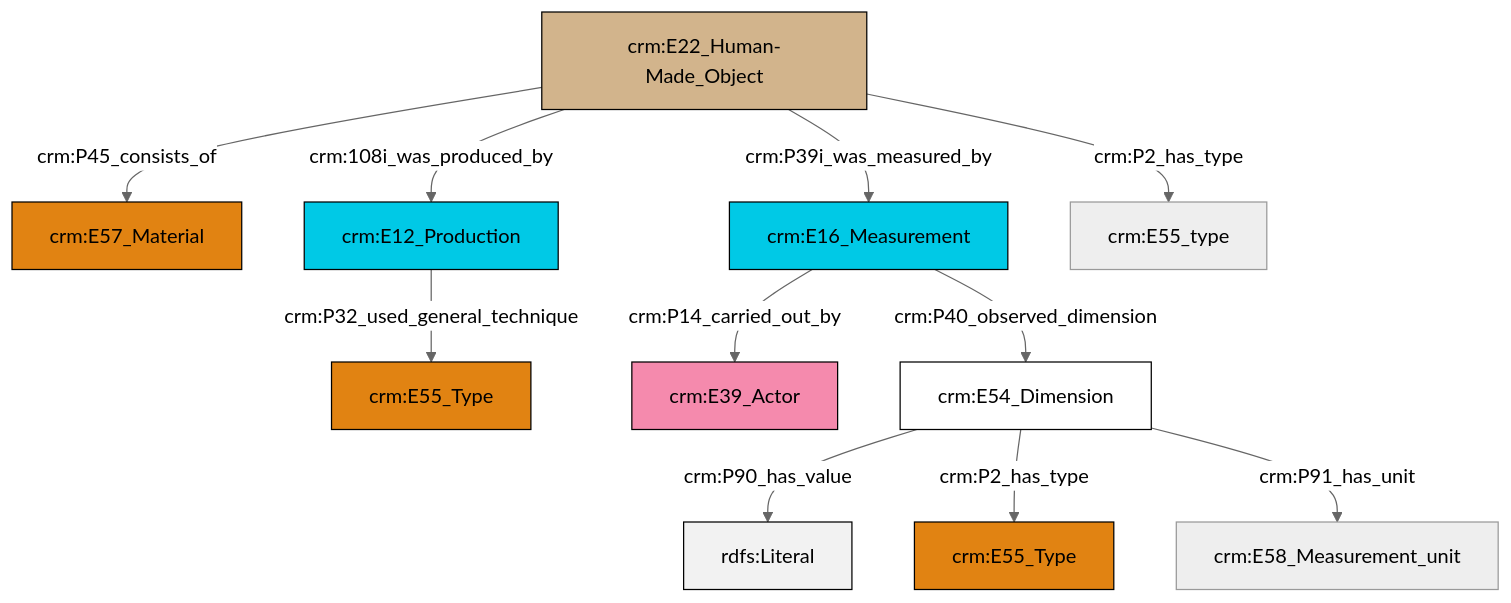
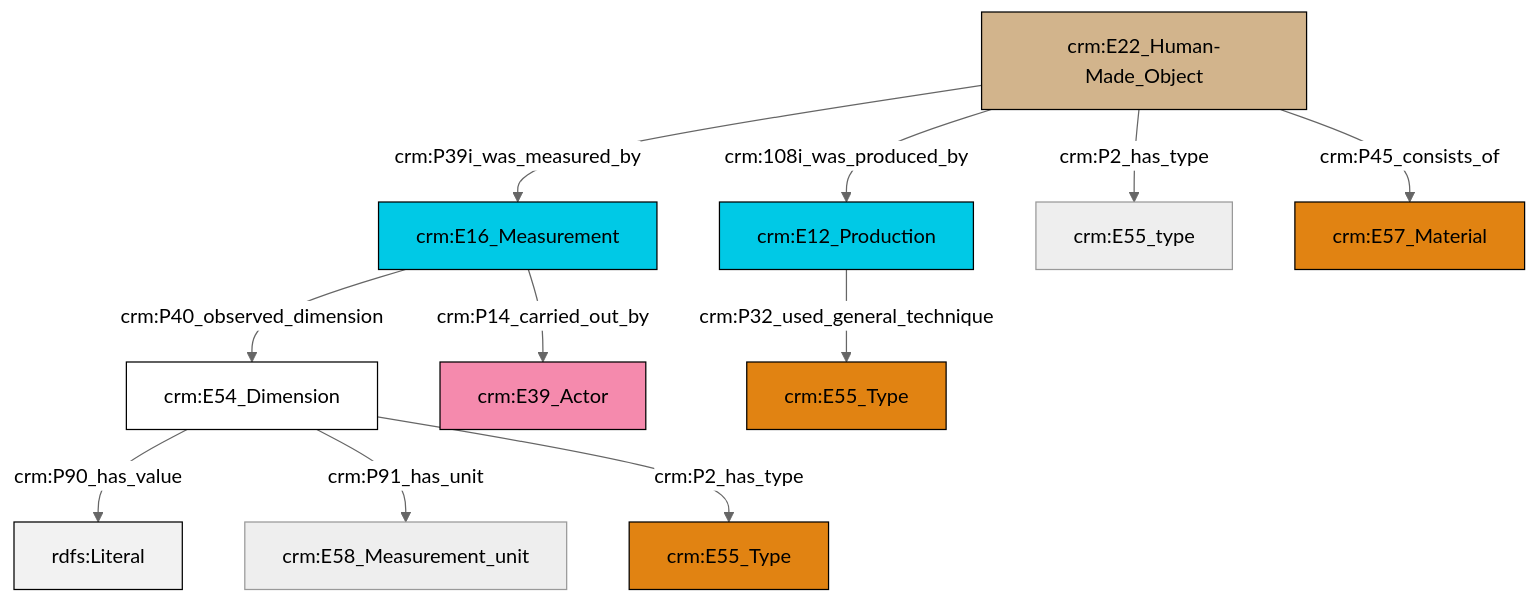
One commit to swiss-art-research-net/docs.swissartresearch changed the diagram in et/builtWorkCSV/ttl/mmd/Built_Work_substance.ttl.mmd. Above: the diagram before and after it, drawn with Mermaid (neutral theme). The commit also changed 204 other files, not shown here.

```diff
--- a/et/builtWorkCSV/ttl/mmd/Built_Work_substance.ttl.mmd
+++ b/et/builtWorkCSV/ttl/mmd/Built_Work_substance.ttl.mmd
@@ -1,25 +1,25 @@
 graph TD
 classDef Literal fill:#f2f2f2,stroke:#000000;
 classDef CRM_Entity fill:#FFFFFF,stroke:#000000;
 classDef Temporal_Entity fill:#00C9E6, stroke:#000000;
 classDef Type fill:#E18312, stroke:#000000;
 classDef Time-Span fill:#2C9C91, stroke:#000000;
 classDef Appellation fill:#FFEB7F, stroke:#000000;
 classDef Place fill:#008836, stroke:#000000;
 classDef Persistent_Item fill:#B266B2, stroke:#000000;
 classDef Conceptual_Object fill:#FFD700, stroke:#000000;
 classDef Physical_Thing fill:#D2B48C, stroke:#000000;
 classDef Actor fill:#f58aad, stroke:#000000;
 classDef PC_Classes fill:#4ce600, stroke:#000000;
 classDef Multi fill:#cccccc,stroke:#000000;
 
-2["crm:E22_Human-Made_Object"]:::Physical_Thing -->|crm:P45_consists_of| 3["crm:E57_Material"]:::Type
-7["crm:E12_Production"]:::Temporal_Entity -->|crm:P32_used_general_technique| 8["crm:E55_Type"]:::Type
-9["crm:E54_Dimension"]:::CRM_Entity -->|crm:P90_has_value| 10[rdfs:Literal]:::Literal
-2["crm:E22_Human-Made_Object"]:::Physical_Thing -->|crm:108i_was_produced_by| 7["crm:E12_Production"]:::Temporal_Entity
-2["crm:E22_Human-Made_Object"]:::Physical_Thing -->|crm:P39i_was_measured_by| 13["crm:E16_Measurement"]:::Temporal_Entity
-2["crm:E22_Human-Made_Object"]:::Physical_Thing -->|crm:P2_has_type| 16["crm:E55_type"]:::Default
-9["crm:E54_Dimension"]:::CRM_Entity -->|crm:P2_has_type| 4["crm:E55_Type"]:::Type
-9["crm:E54_Dimension"]:::CRM_Entity -->|crm:P91_has_unit| 14["crm:E58_Measurement_unit"]:::Default
-13["crm:E16_Measurement"]:::Temporal_Entity -->|crm:P14_carried_out_by| 0["crm:E39_Actor"]:::Actor
-13["crm:E16_Measurement"]:::Temporal_Entity -->|crm:P40_observed_dimension| 9["crm:E54_Dimension"]:::CRM_Entity
+0["crm:E54_Dimension"]:::CRM_Entity -->|crm:P90_has_value| 6[rdfs:Literal]:::Literal
+7["crm:E22_Human-Made_Object"]:::Physical_Thing -->|crm:P39i_was_measured_by| 8["crm:E16_Measurement"]:::Temporal_Entity
+4["crm:E12_Production"]:::Temporal_Entity -->|crm:P32_used_general_technique| 2["crm:E55_Type"]:::Type
+7["crm:E22_Human-Made_Object"]:::Physical_Thing -->|crm:108i_was_produced_by| 4["crm:E12_Production"]:::Temporal_Entity
+0["crm:E54_Dimension"]:::CRM_Entity -->|crm:P91_has_unit| 10["crm:E58_Measurement_unit"]:::Default
+8["crm:E16_Measurement"]:::Temporal_Entity -->|crm:P40_observed_dimension| 0["crm:E54_Dimension"]:::CRM_Entity
+7["crm:E22_Human-Made_Object"]:::Physical_Thing -->|crm:P2_has_type| 12["crm:E55_type"]:::Default
+8["crm:E16_Measurement"]:::Temporal_Entity -->|crm:P14_carried_out_by| 13["crm:E39_Actor"]:::Actor
+0["crm:E54_Dimension"]:::CRM_Entity -->|crm:P2_has_type| 14["crm:E55_Type"]:::Type
+7["crm:E22_Human-Made_Object"]:::Physical_Thing -->|crm:P45_consists_of| 19["crm:E57_Material"]:::Type
```
